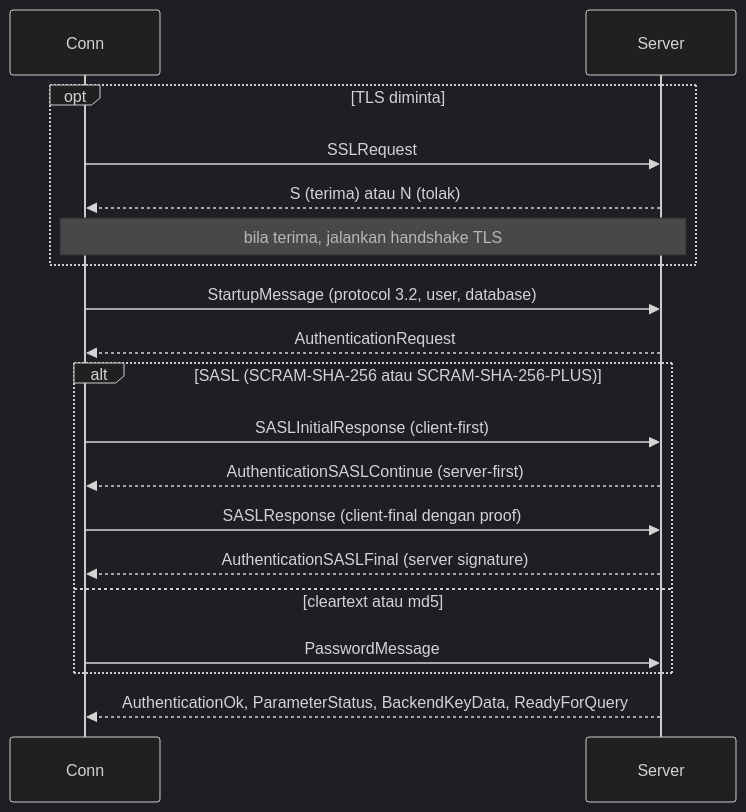
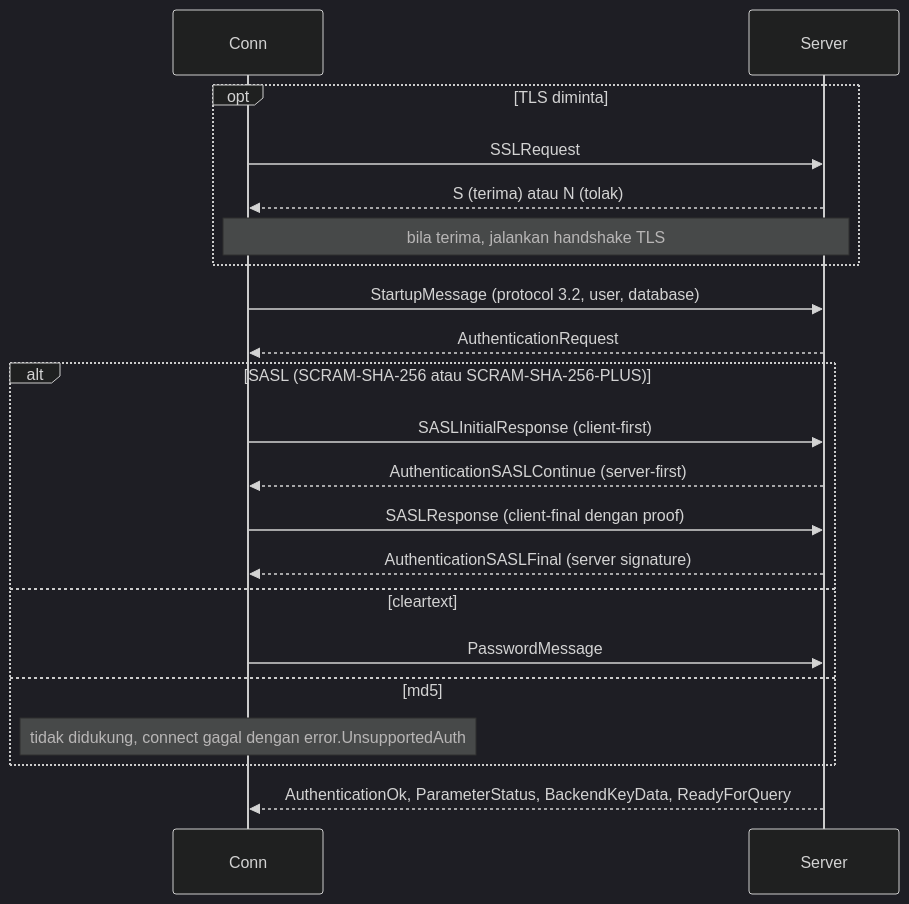
Before and after one commit to prothegee/zix: the first of 5 diagrams in docs/driver/postgrez/lld-id.md, drawn with Mermaid (dark theme). The commit also changed 1 other file, not shown here.

Commit message:
fix postgrez lld MD5 auth sequence diagram

````diff
--- a/docs/driver/postgrez/lld-id.md
+++ b/docs/driver/postgrez/lld-id.md
@@ -11,21 +11,23 @@
 ```mermaid
 sequenceDiagram
     participant C as Conn
     participant S as Server
     opt TLS diminta
         C->>S: SSLRequest
         S-->>C: S (terima) atau N (tolak)
         Note over C,S: bila terima, jalankan handshake TLS
     end
     C->>S: StartupMessage (protocol 3.2, user, database)
     S-->>C: AuthenticationRequest
     alt SASL (SCRAM-SHA-256 atau SCRAM-SHA-256-PLUS)
         C->>S: SASLInitialResponse (client-first)
         S-->>C: AuthenticationSASLContinue (server-first)
         C->>S: SASLResponse (client-final dengan proof)
         S-->>C: AuthenticationSASLFinal (server signature)
-    else cleartext atau md5
+    else cleartext
         C->>S: PasswordMessage
+    else md5
+        Note over C: tidak didukung, connect gagal dengan error.UnsupportedAuth
     end
     S-->>C: AuthenticationOk, ParameterStatus, BackendKeyData, ReadyForQuery
 ```
````
